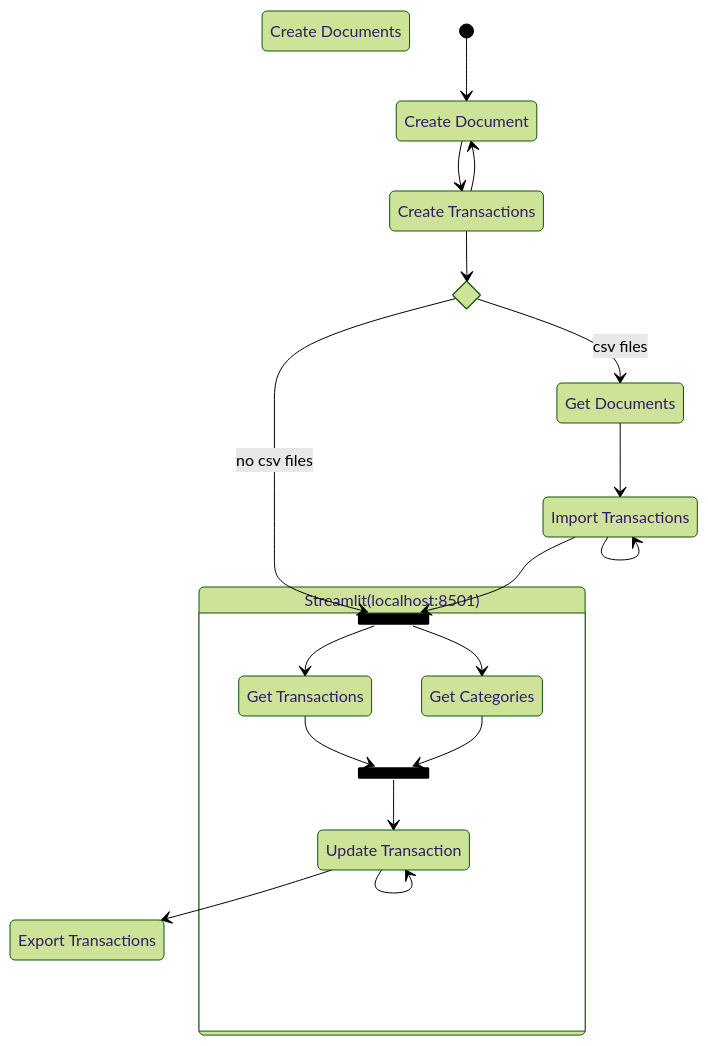
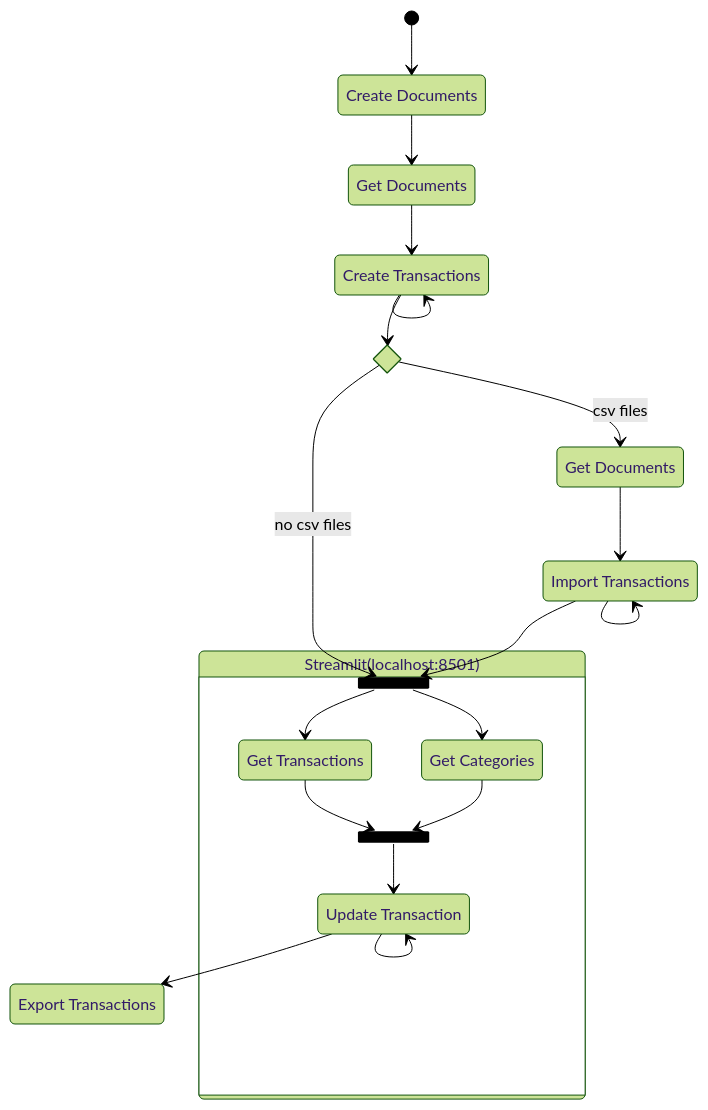
Before and after one commit to josueelias9/improving-BCP-organizate: the fourth of 4 diagrams in new-service/REST/README.md, drawn with Mermaid (forest theme). The commit also changed other lines of this file and 7 other files, not shown here.

````diff
--- a/new-service/REST/README.md
+++ b/new-service/REST/README.md
@@ -71,36 +73,37 @@
 ```mermaid
 
 stateDiagram
-cd : Create Document
 cds : Create Documents
 ct : Create Transactions
 it : Import Transactions
 gd : Get Documents
+gd2 : Get Documents
 et : Export Transactions
 state if_state <<choice>>
 
 state Streamlit(localhost:8501) {
         state join_state <<join>>
         state fork_state <<fork>>
         ut : Update Transaction
         gt : Get Transactions
         gc : Get Categories
 }
-        [*] --> cd
-        cd --> ct
+        [*] --> cds
+        cds --> gd2
+        gd2 --> ct
+        ct --> ct
         ct --> if_state
         if_state --> gd: csv files
         if_state --> join_state : no csv files
-        ct --> cd
         gd --> it
         it --> it
         it --> join_state
         join_state --> gc
         join_state --> gt
         ut --> ut
         ut --> et
         gt --> fork_state
         gc --> fork_state
         fork_state --> ut
 
 ```
````
